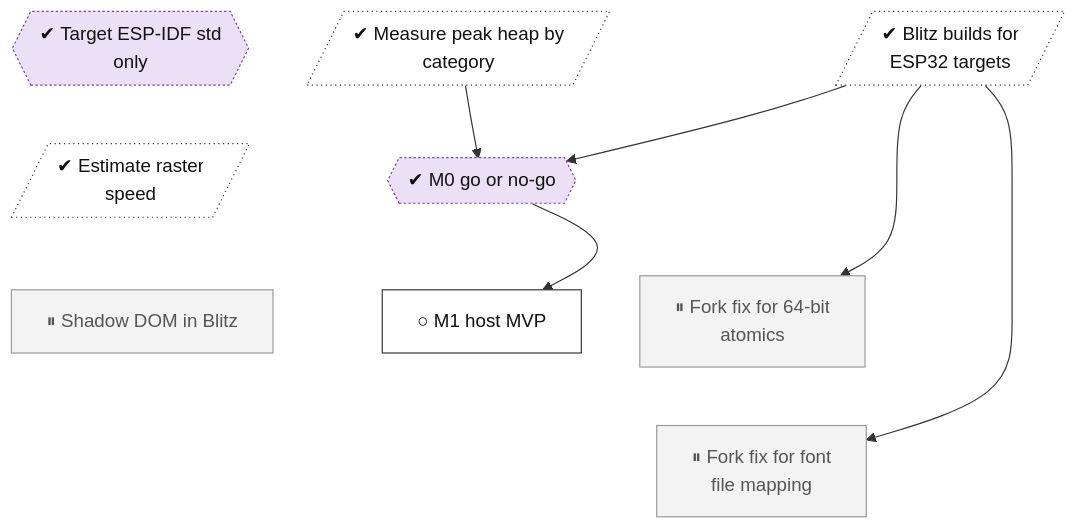
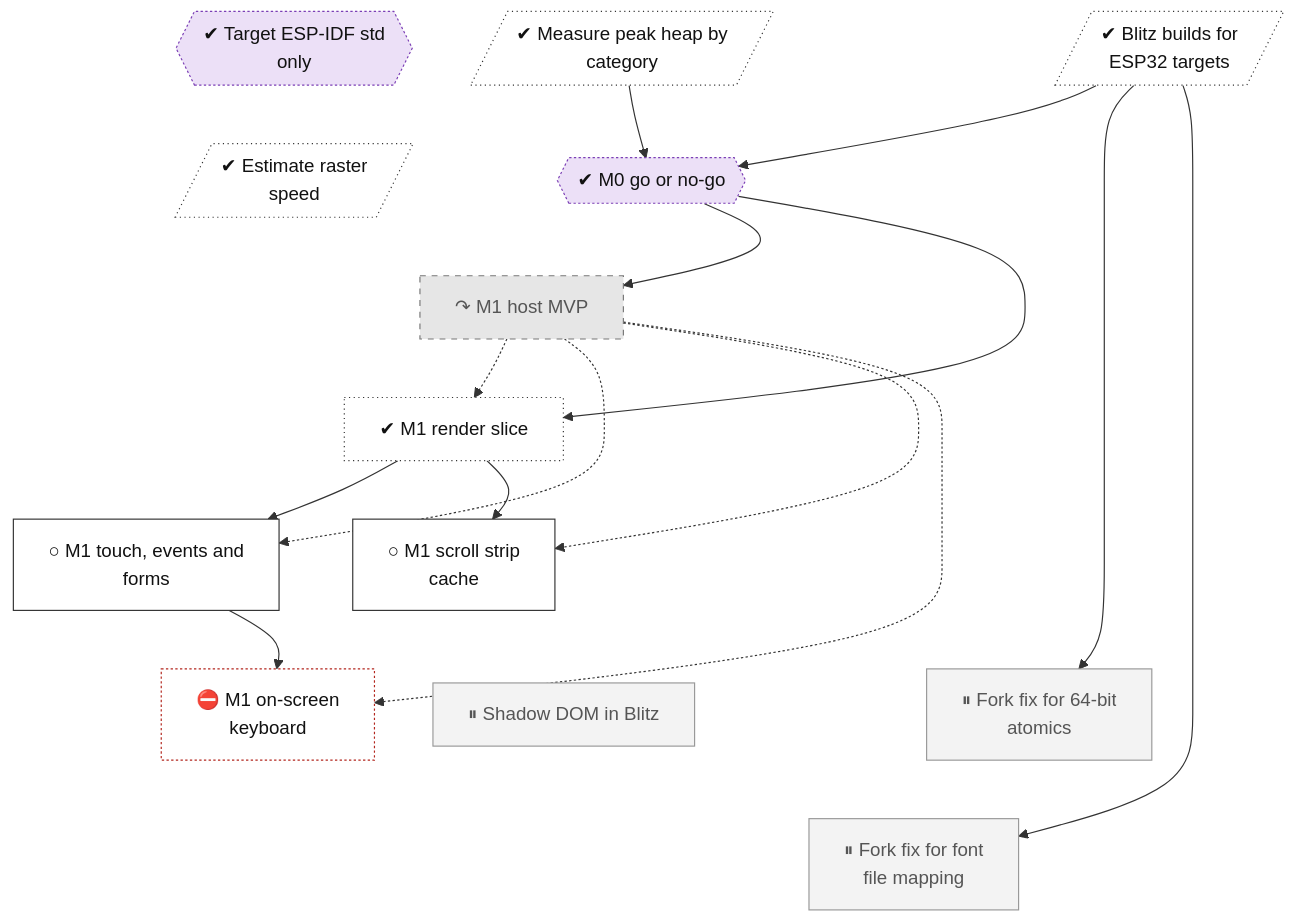
One commit to lhns/embedded-browser changed the diagram in docs/roadmap/tracks/eng.md. Above: the diagram before and after it, drawn with Mermaid. The commit also changed other lines of this file and 35 other files, not shown here.

First line of the commit message:
M1 slice 1: core render API, simulator, goldens, references, heap-cap gate

````diff
--- a/docs/roadmap/tracks/eng.md
+++ b/docs/roadmap/tracks/eng.md
@@ -10,44 +10,63 @@
 ```mermaid
 flowchart TB
     eng_std_only_esp_idf{{"✔ Target ESP-IDF std<br/>only"}}
     eng_blitz_builds_esp[/"✔ Blitz builds for<br/>ESP32 targets"/]
     eng_peak_heap[/"✔ Measure peak heap by<br/>category"/]
     eng_raster_estimate[/"✔ Estimate raster<br/>speed"/]
     eng_m0_go_no_go{{"✔ M0 go or no-go"}}
-    eng_m1_host_mvp["○ M1 host MVP"]
+    eng_m1_host_mvp["↷ M1 host MVP"]
+    eng_m1_render["✔ M1 render slice"]
+    eng_m1_touch_events_forms["○ M1 touch, events and<br/>forms"]
+    eng_m1_scroll_strip_cache["○ M1 scroll strip<br/>cache"]
+    eng_m1_onscreen_keyboard["⛔ M1 on-screen<br/>keyboard"]
     eng_shadow_dom_upstream["⏸ Shadow DOM in Blitz"]
     eng_fork_atomic_u64["⏸ Fork fix for 64-bit<br/>atomics"]
     eng_fork_memmap_shim["⏸ Fork fix for font<br/>file mapping"]
     eng_std_only_esp_idf ~~~ eng_raster_estimate
     eng_blitz_builds_esp ~~~ eng_m0_go_no_go
     eng_peak_heap ~~~ eng_m0_go_no_go
     eng_raster_estimate ~~~ eng_m1_host_mvp
-    eng_m0_go_no_go ~~~ eng_shadow_dom_upstream
-    eng_m0_go_no_go ~~~ eng_fork_atomic_u64
-    eng_m1_host_mvp ~~~ eng_fork_memmap_shim
+    eng_m0_go_no_go ~~~ eng_m1_host_mvp
+    eng_m1_host_mvp ~~~ eng_m1_render
+    eng_m1_render ~~~ eng_m1_touch_events_forms
+    eng_m1_render ~~~ eng_m1_scroll_strip_cache
+    eng_m1_touch_events_forms ~~~ eng_m1_onscreen_keyboard
+    eng_m1_scroll_strip_cache ~~~ eng_shadow_dom_upstream
+    eng_m1_scroll_strip_cache ~~~ eng_fork_atomic_u64
+    eng_m1_onscreen_keyboard ~~~ eng_fork_memmap_shim
     eng_shadow_dom_upstream ~~~ eng_fork_memmap_shim
     eng_fork_atomic_u64 ~~~ eng_fork_memmap_shim
     eng_blitz_builds_esp --> eng_m0_go_no_go
     eng_peak_heap --> eng_m0_go_no_go
     eng_m0_go_no_go --> eng_m1_host_mvp
+    eng_m1_host_mvp -.-> eng_m1_render
+    eng_m1_host_mvp -.-> eng_m1_touch_events_forms
+    eng_m1_host_mvp -.-> eng_m1_scroll_strip_cache
+    eng_m1_host_mvp -.-> eng_m1_onscreen_keyboard
+    eng_m0_go_no_go --> eng_m1_render
+    eng_m1_render --> eng_m1_touch_events_forms
+    eng_m1_render --> eng_m1_scroll_strip_cache
+    eng_m1_touch_events_forms --> eng_m1_onscreen_keyboard
     eng_blitz_builds_esp --> eng_fork_atomic_u64
     eng_blitz_builds_esp --> eng_fork_memmap_shim
     classDef vsucc fill:#2e9e4f,stroke:#1b6b34,color:#fff
     classDef succ fill:#bfe8c8,stroke:#2e9e4f,color:#111
     classDef mixed fill:#ffd37a,stroke:#c98a00,color:#111
     classDef bad fill:#f28b82,stroke:#b3261e,color:#111
     classDef dead fill:#e6e6e6,stroke:#777,stroke-dasharray:5 5,color:#555
     classDef inprog fill:#a8cdf5,stroke:#1f6fc5,color:#111
     classDef next fill:#fff,stroke:#333,color:#111
     classDef blocked fill:#fff,stroke:#b3261e,stroke-dasharray:2 2,color:#111
     classDef parked fill:#f3f3f3,stroke:#999,color:#555
     classDef unrated fill:#fff,stroke:#333,stroke-dasharray:1 3,color:#111
     classDef gate fill:#d9c2f0,stroke:#7b3fb5,color:#111
     classDef decided fill:#ece0f7,stroke:#7b3fb5,stroke-dasharray:2 2,color:#111
     classDef finding fill:#ffe0b2,stroke:#d84315,stroke-width:2px,color:#111
     classDef waiting fill:#e3f2fd,stroke:#1f6fc5,stroke-dasharray:5 5,color:#111
     class eng_std_only_esp_idf,eng_m0_go_no_go decided
-    class eng_blitz_builds_esp,eng_peak_heap,eng_raster_estimate unrated
-    class eng_m1_host_mvp next
+    class eng_blitz_builds_esp,eng_peak_heap,eng_raster_estimate,eng_m1_render unrated
+    class eng_m1_host_mvp dead
+    class eng_m1_touch_events_forms,eng_m1_scroll_strip_cache next
+    class eng_m1_onscreen_keyboard blocked
     class eng_shadow_dom_upstream,eng_fork_atomic_u64,eng_fork_memmap_shim parked
 ```
````
